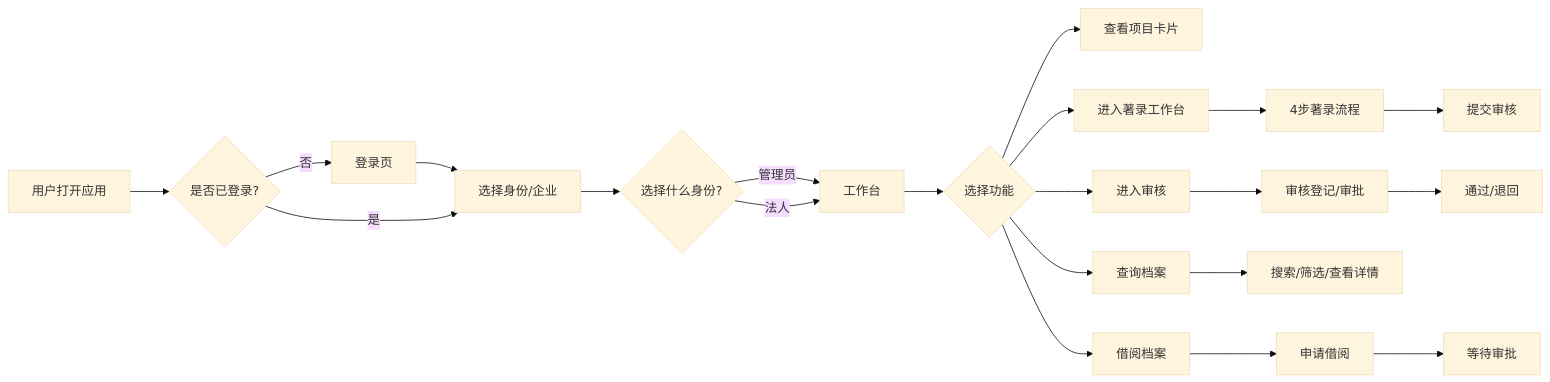
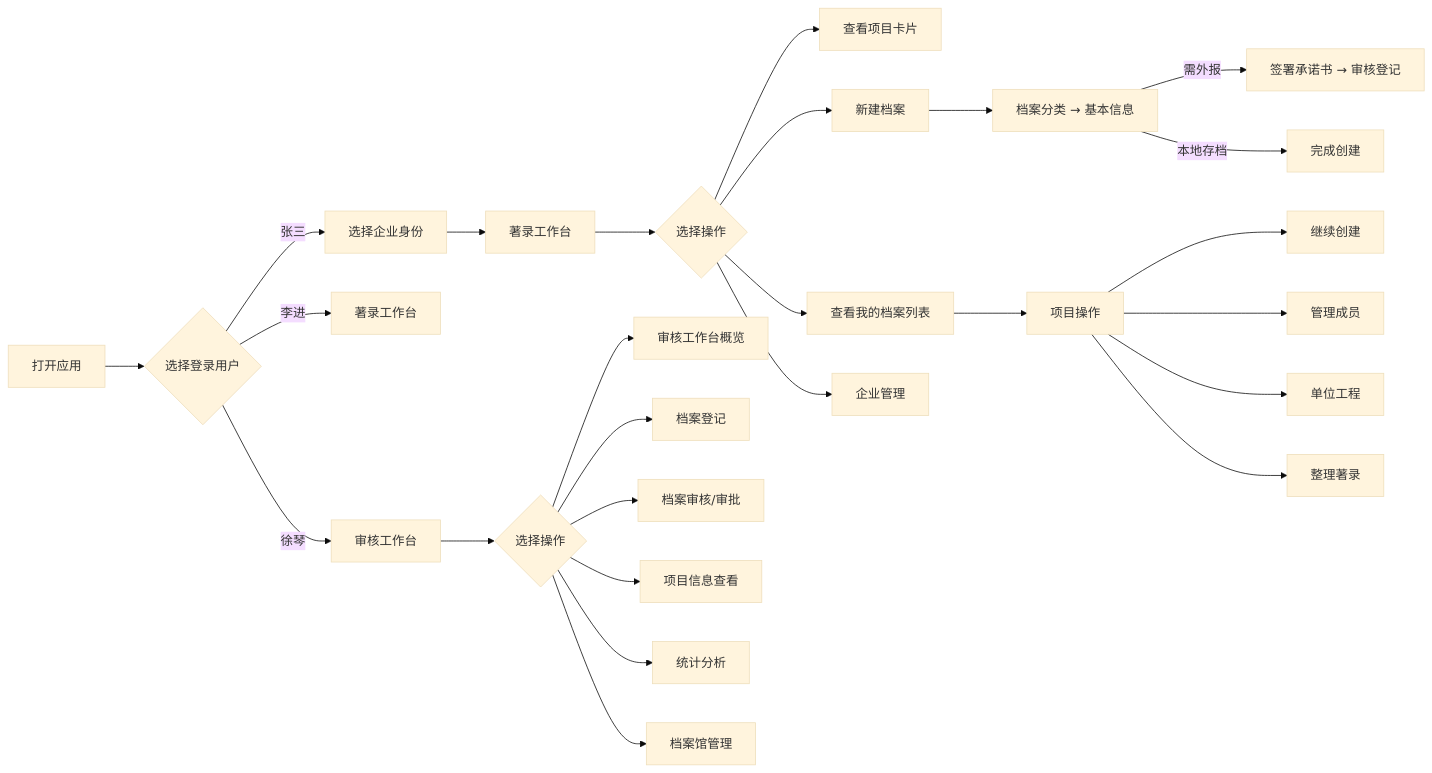
The fourth of 4 diagrams in docs/business-logic.md (abanni/LantaiCloud_capture-audit), drawn with Mermaid (base theme) before and after one commit. The commit also changed other lines of this file and 14 other files, not shown here.

````diff
--- a/docs/business-logic.md
+++ b/docs/business-logic.md
@@ -193,32 +196,33 @@
 ```mermaid
 flowchart LR
-    A[用户打开应用] --> B{是否已登录?}
-    B -->|否| C[登录页]
-    C --> D[选择身份/企业]
+    A[打开应用] --> B{选择登录用户}
+    B -->|张三| C[选择企业身份]
+    B -->|李进| D[著录工作台]
+    B -->|徐琴| E[审核工作台]
 
-    B -->|是| D
+    C --> F[著录工作台]
 
-    D --> E{选择什么身份?}
+    F --> G{选择操作}
+    G --> H[查看项目卡片]
+    G --> I[新建档案]
+    G --> J[查看我的档案列表]
+    G --> K[企业管理]
 
-    E -->|管理员| F[工作台]
-    E -->|法人| F
+    I --> L[档案分类 → 基本信息]
+    L -->|需外报| M[签署承诺书 → 审核登记]
+    L -->|本地存档| N[完成创建]
 
-    F --> G{选择功能}
+    J --> O[项目操作]
+    O --> P[继续创建]
+    O --> Q[管理成员]
+    O --> R[单位工程]
+    O --> S[整理著录]
 
-    G --> H[查看项目卡片]
-    G --> I[进入著录工作台]
-    G --> J[进入审核]
-    G --> K[查询档案]
-    G --> L[借阅档案]
-
-    I --> M[4步著录流程]
-    M --> N[提交审核]
-
-    J --> O[审核登记/审批]
-    O --> P[通过/退回]
-
-    K --> Q[搜索/筛选/查看详情]
-
-    L --> R[申请借阅]
-    R --> S[等待审批]
+    E --> T{选择操作}
+    T --> U[审核工作台概览]
+    T --> V[档案登记]
+    T --> W[档案审核/审批]
+    T --> X[项目信息查看]
+    T --> Y[统计分析]
+    T --> Z[档案馆管理]
 ```
````
